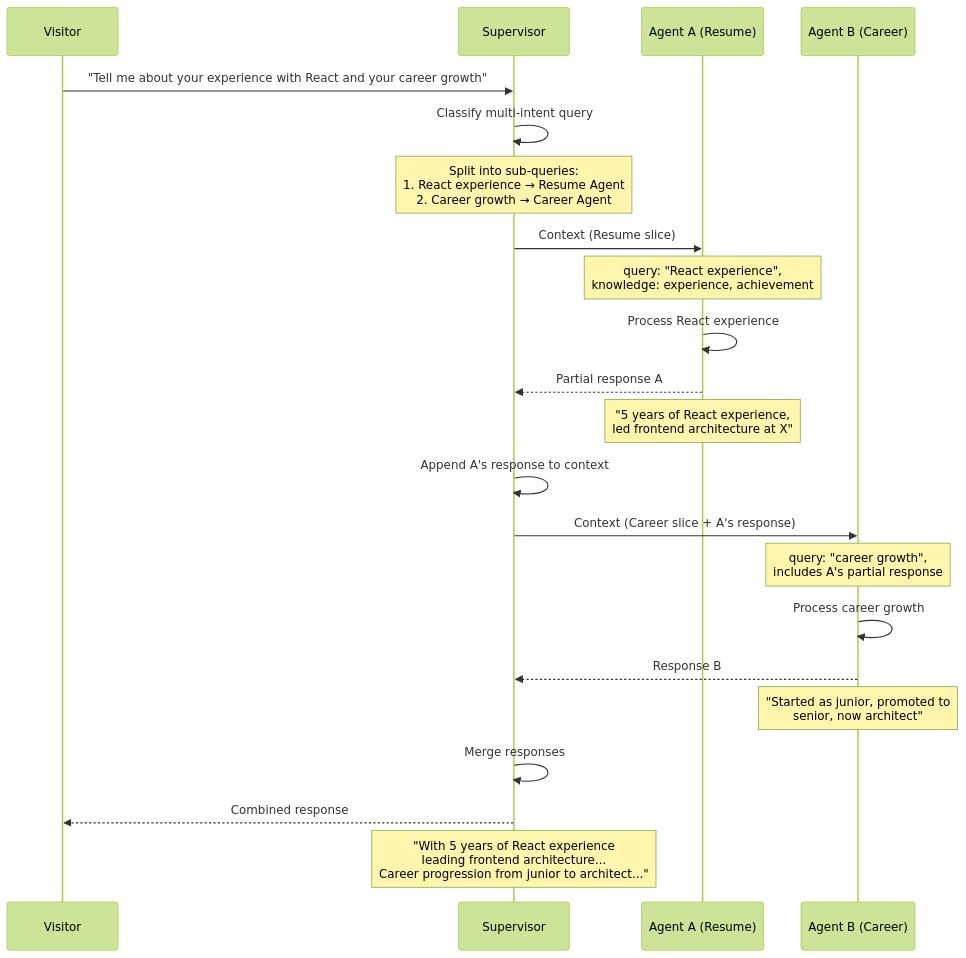
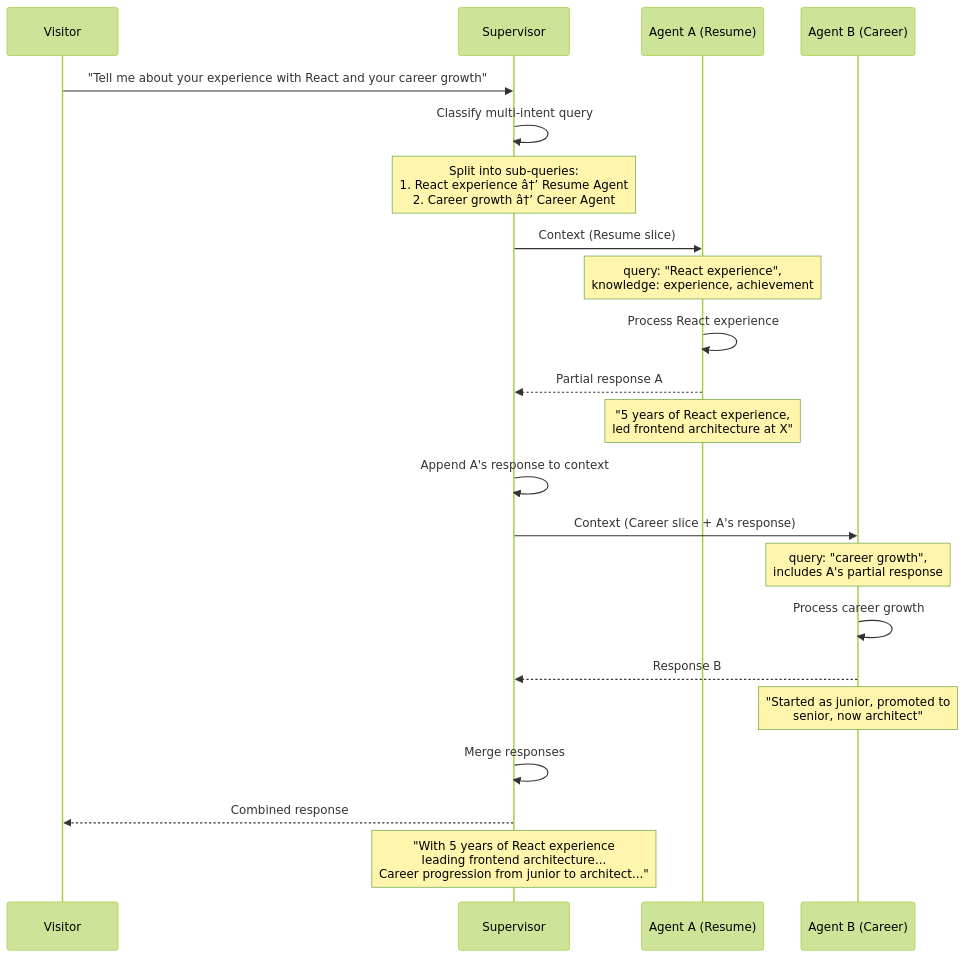
The fifth of 7 diagrams in docs/08-ai/ContextArchitecture.md (rohitkumarnaidu/Portfolio), drawn with Mermaid (forest theme) before and after one commit. The commit also changed other lines of this file and 343 other files, not shown here.

First line of the commit message:
docs: add Mermaid diagrams across 140+ files — 38% -> 70% coverage

````diff
--- a/docs/08-ai/ContextArchitecture.md
+++ b/docs/08-ai/ContextArchitecture.md
@@ -1813,28 +1808,28 @@
 ```mermaid
 sequenceDiagram
     participant V as Visitor
     participant S as Supervisor
     participant A as Agent A (Resume)
     participant B as Agent B (Career)
 
     V->>S: "Tell me about your experience with React and your career growth"
     S->>S: Classify multi-intent query
-    Note over S: Split into sub-queries:<br/>1. React experience → Resume Agent<br/>2. Career growth → Career Agent
+    Note over S: Split into sub-queries:<br/>1. React experience â†’ Resume Agent<br/>2. Career growth â†’ Career Agent
 
     S->>A: Context (Resume slice)
     Note over A: query: "React experience",<br/>knowledge: experience, achievement
     A->>A: Process React experience
     A-->>S: Partial response A
     Note over A: "5 years of React experience,<br/>led frontend architecture at X"
 
     S->>S: Append A's response to context
     S->>B: Context (Career slice + A's response)
     Note over B: query: "career growth",<br/>includes A's partial response
     B->>B: Process career growth
     B-->>S: Response B
     Note over B: "Started as junior, promoted to<br/>senior, now architect"
 
     S->>S: Merge responses
     S-->>V: Combined response
     Note over S: "With 5 years of React experience<br/>leading frontend architecture...<br/>Career progression from junior to architect..."
 ```
````
